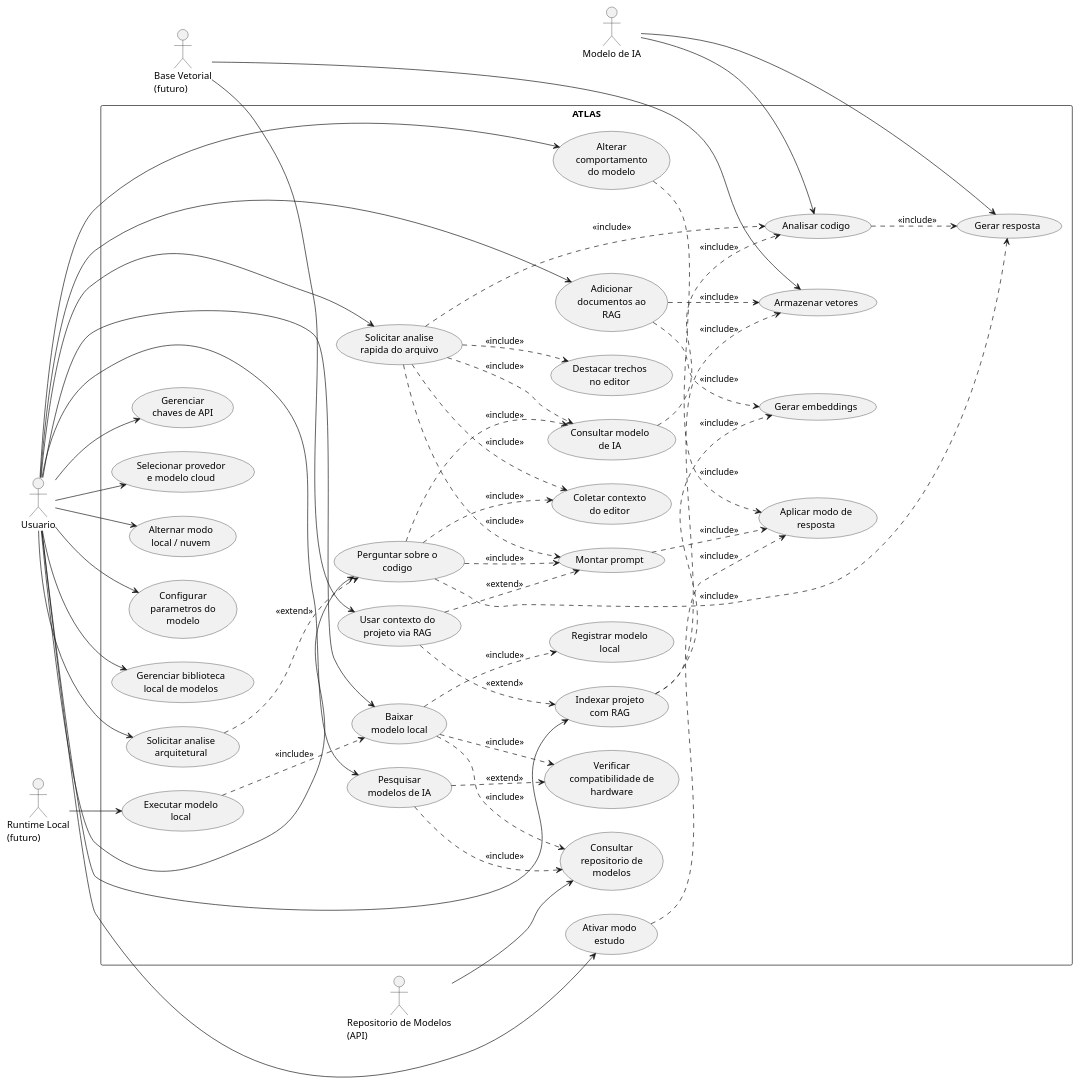
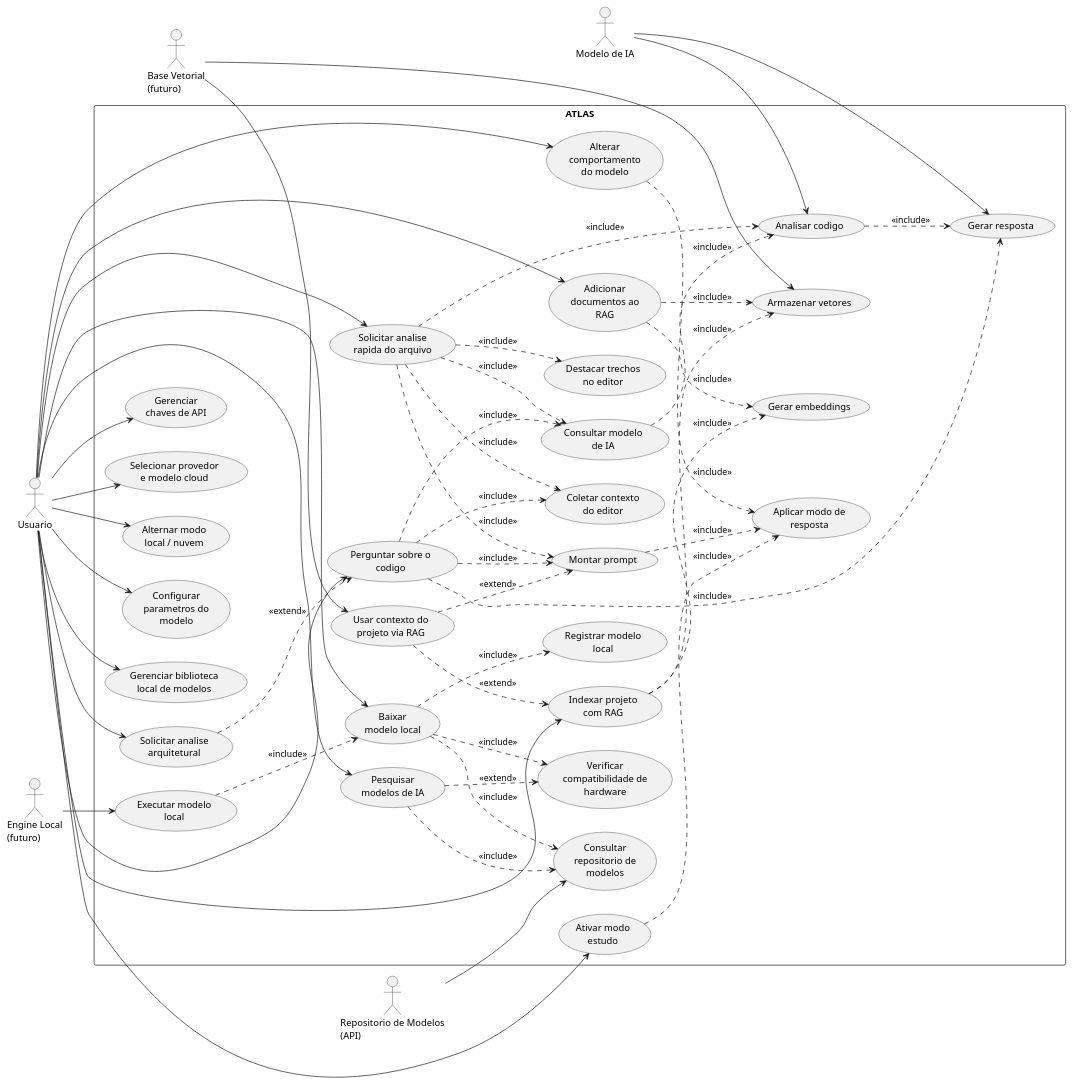
The first of 13 diagrams in docs/plantuml-casos-uso-e-diagramas-atlas.md (JVictorVI/ATLAS), drawn with PlantUML before and after one commit. The commit also changed other lines of this file and 17 other files, not shown here.

```diff
--- a/docs/plantuml-casos-uso-e-diagramas-atlas.md
+++ b/docs/plantuml-casos-uso-e-diagramas-atlas.md
@@ -229,7 +229,7 @@
 actor "Usuario" as Usuario
 actor "Modelo de IA" as ModeloIA
 actor "Repositorio de Modelos\n(API)" as RepoAPI
-actor "Runtime Local\n(futuro)" as RuntimeLocal
+actor "Engine Local\n(futuro)" as EngineLocal
 actor "Base Vetorial\n(futuro)" as BaseVetorial
 
 rectangle "ATLAS" {
@@ -312,7 +312,7 @@
 UC_ExecutarLocal ..> UC_BaixarModelo : <<include>>
 
 RepoAPI --> UC_ConsultarRepo
-RuntimeLocal --> UC_ExecutarLocal
+EngineLocal --> UC_ExecutarLocal
 
 UC_IndexarRAG ..> UC_GerarEmbeddings : <<include>>
 UC_IndexarRAG ..> UC_ArmazenarVetores : <<include>>
```
